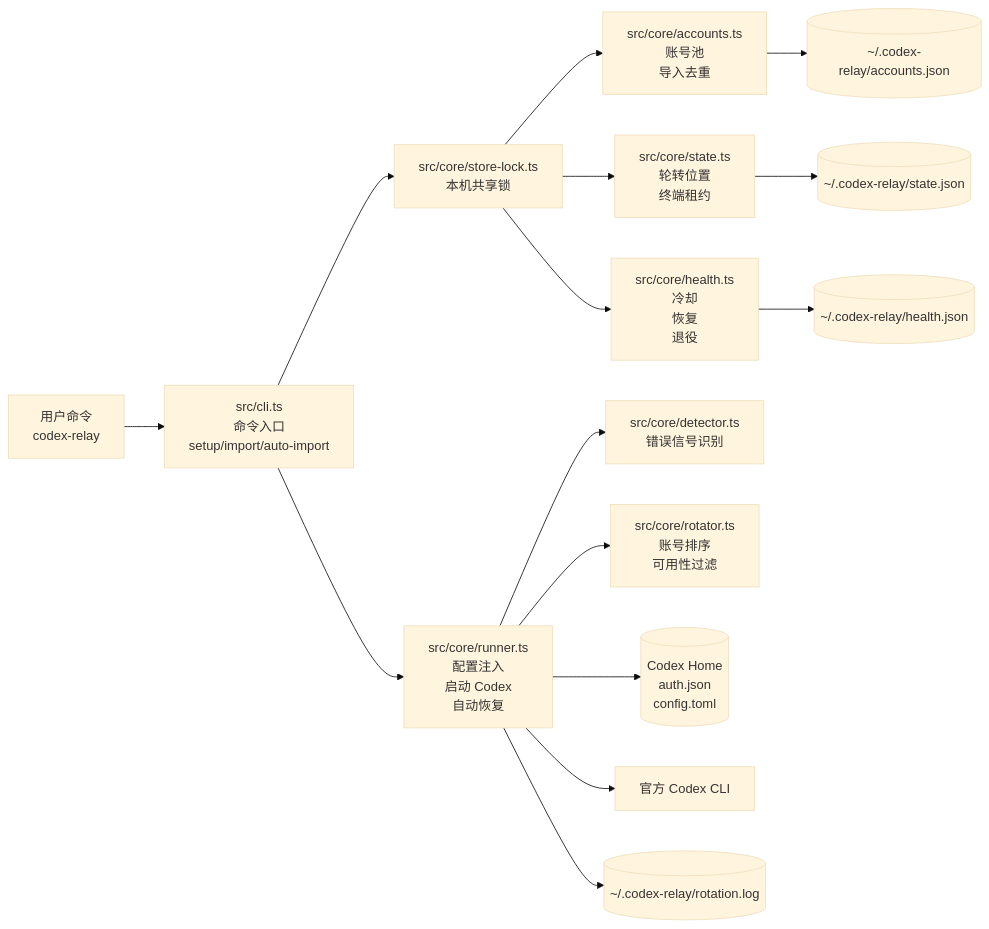
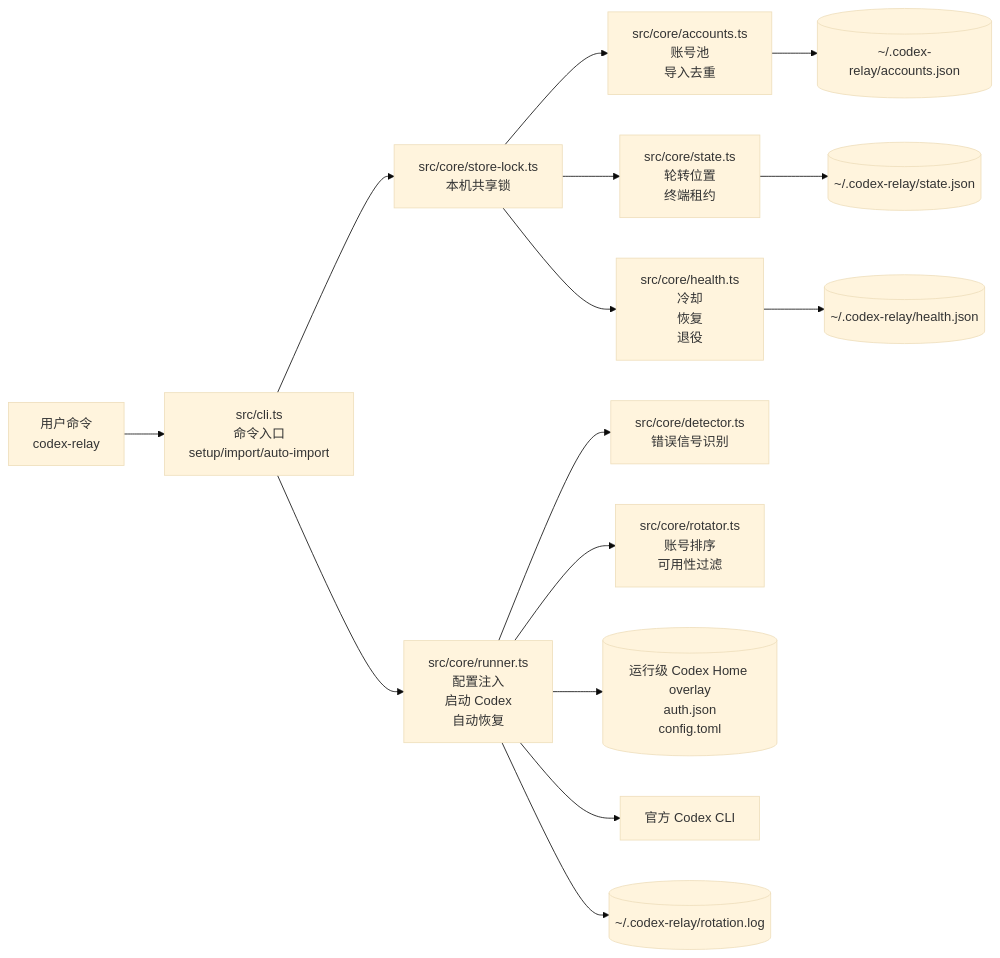
The first of 3 diagrams in ARCHITECTURE.md (Albert-PZY/codex-relay), drawn with Mermaid (base theme) before and after one commit. The commit also changed other lines of this file and 14 other files, not shown here.

````diff
--- a/ARCHITECTURE.md
+++ b/ARCHITECTURE.md
@@ -53,17 +54,17 @@
 ```mermaid
 flowchart LR
   User[用户命令<br>codex-relay] --> CLI[src/cli.ts<br>命令入口<br>setup/import/auto-import]
   CLI --> StoreLock[src/core/store-lock.ts<br>本机共享锁]
   StoreLock --> Accounts[src/core/accounts.ts<br>账号池<br>导入去重]
   StoreLock --> State[src/core/state.ts<br>轮转位置<br>终端租约]
   StoreLock --> Health[src/core/health.ts<br>冷却<br>恢复<br>退役]
   CLI --> Runner[src/core/runner.ts<br>配置注入<br>启动 Codex<br>自动恢复]
   Runner --> Detector[src/core/detector.ts<br>错误信号识别]
   Runner --> Rotator[src/core/rotator.ts<br>账号排序<br>可用性过滤]
-  Runner --> CodexHome[(Codex Home<br>auth.json<br>config.toml)]
+  Runner --> CodexHome[(运行级 Codex Home overlay<br>auth.json<br>config.toml)]
   Runner --> Codex[官方 Codex CLI]
   Accounts --> AccountsFile[(~/.codex-relay/accounts.json)]
   State --> StateFile[(~/.codex-relay/state.json)]
   Health --> HealthFile[(~/.codex-relay/health.json)]
   Runner --> RotationLog[(~/.codex-relay/rotation.log)]
 ```
````
